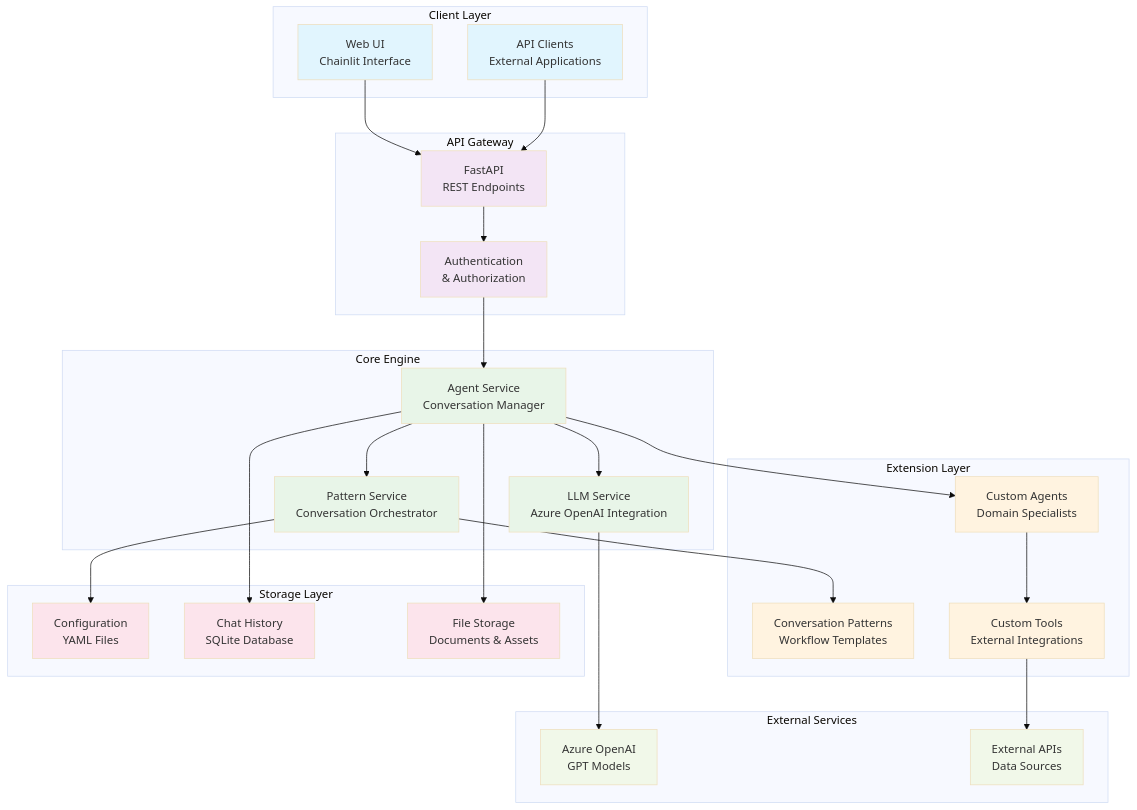
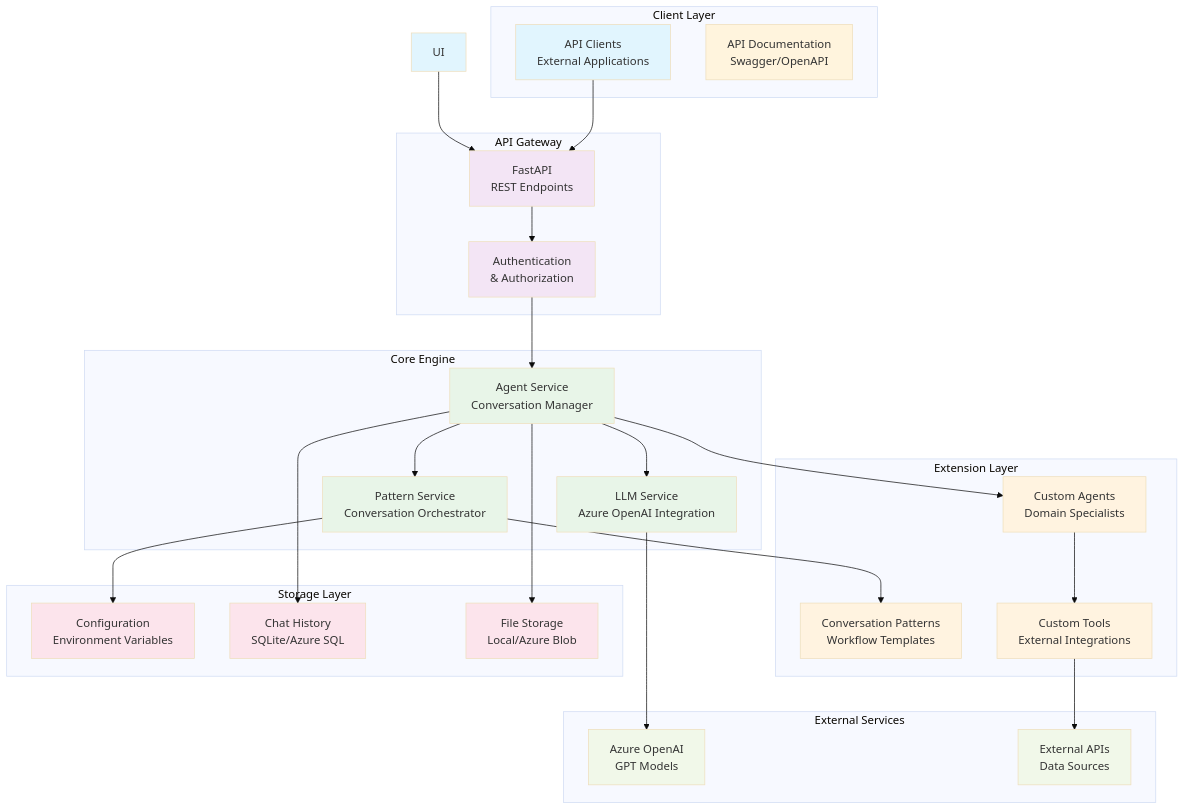
The first of 13 diagrams in docs/architecture/README.md (the-ingenious-dark-knight/Insight_Ingenious), drawn with Mermaid (base theme) before and after one commit. The commit also changed 3 other files, not shown here.

````diff
--- a/docs/architecture/README.md
+++ b/docs/architecture/README.md
@@ -20,64 +20,64 @@
 ```mermaid
 graph TB
     subgraph "Client Layer"
-        UI[Web UI<br/>Chainlit Interface]
         API_CLIENT[API Clients<br/>External Applications]
+        DOCS[API Documentation<br/>Swagger/OpenAPI]
     end
 
     subgraph "API Gateway"
         API[FastAPI<br/>REST Endpoints]
         AUTH[Authentication<br/>& Authorization]
     end
 
     subgraph "Core Engine"
         AGENT_SERVICE[Agent Service<br/>Conversation Manager]
         PATTERN_SERVICE[Pattern Service<br/>Conversation Orchestrator]
         LLM_SERVICE[LLM Service<br/>Azure OpenAI Integration]
     end
 
     subgraph "Extension Layer"
         CUSTOM_AGENTS[Custom Agents<br/>Domain Specialists]
         PATTERNS[Conversation Patterns<br/>Workflow Templates]
         TOOLS[Custom Tools<br/>External Integrations]
     end
 
     subgraph "Storage Layer"
-        CONFIG[Configuration<br/>YAML Files]
-        HISTORY[Chat History<br/>SQLite Database]
-        FILES[File Storage<br/>Documents & Assets]
+        CONFIG[Configuration<br/>Environment Variables]
+        HISTORY[Chat History<br/>SQLite/Azure SQL]
+        FILES[File Storage<br/>Local/Azure Blob]
     end
 
     subgraph "External Services"
         AZURE[Azure OpenAI<br/>GPT Models]
         EXTERNAL_API[External APIs<br/>Data Sources]
     end
 
     UI --> API
     API_CLIENT --> API
     API --> AUTH
     AUTH --> AGENT_SERVICE
     AGENT_SERVICE --> PATTERN_SERVICE
     AGENT_SERVICE --> LLM_SERVICE
     PATTERN_SERVICE --> PATTERNS
     AGENT_SERVICE --> CUSTOM_AGENTS
     CUSTOM_AGENTS --> TOOLS
     LLM_SERVICE --> AZURE
     TOOLS --> EXTERNAL_API
     AGENT_SERVICE --> HISTORY
     PATTERN_SERVICE --> CONFIG
     AGENT_SERVICE --> FILES
 
     classDef clientLayer fill:#e1f5fe
     classDef apiLayer fill:#f3e5f5
     classDef coreLayer fill:#e8f5e8
     classDef extensionLayer fill:#fff3e0
     classDef storageLayer fill:#fce4ec
     classDef externalLayer fill:#f1f8e9
 
     class UI,API_CLIENT clientLayer
     class API,AUTH apiLayer
     class AGENT_SERVICE,PATTERN_SERVICE,LLM_SERVICE coreLayer
     class CUSTOM_AGENTS,PATTERNS,TOOLS extensionLayer
     class CONFIG,HISTORY,FILES storageLayer
     class AZURE,EXTERNAL_API externalLayer
 ```
````
